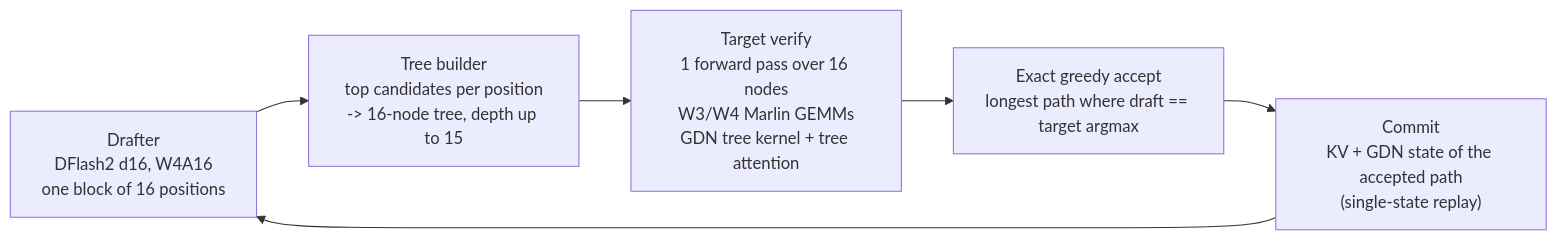
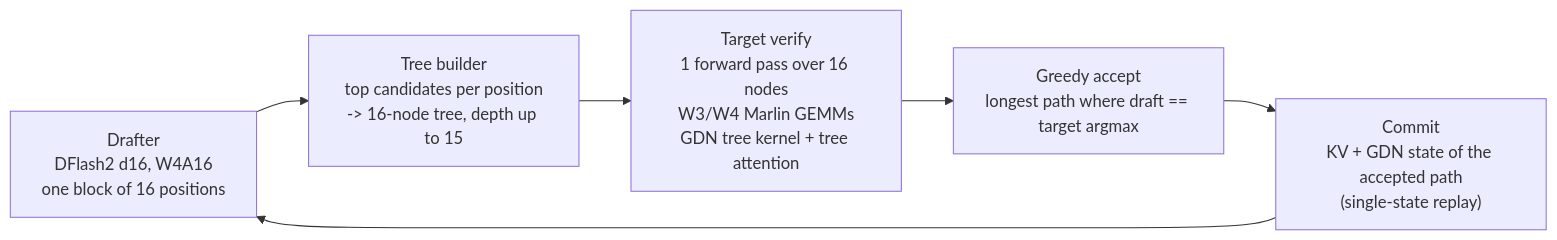
The first of 2 diagrams in README.md (atdev-company/atdev-serve), drawn with Mermaid before and after one commit. The commit also changed other lines of this file and 15 other files, not shown here.

````diff
--- a/README.md
+++ b/README.md
@@ -128,8 +131,8 @@
 ```mermaid
 flowchart LR
     A["Drafter<br/>DFlash2 d16, W4A16<br/>one block of 16 positions"] --> B["Tree builder<br/>top candidates per position<br/>-> 16-node tree, depth up to 15"]
     B --> C["Target verify<br/>1 forward pass over 16 nodes<br/>W3/W4 Marlin GEMMs<br/>GDN tree kernel + tree attention"]
-    C --> D["Exact greedy accept<br/>longest path where draft == target argmax"]
+    C --> D["Greedy accept<br/>longest path where draft == target argmax"]
     D --> E["Commit<br/>KV + GDN state of the accepted path<br/>(single-state replay)"]
     E --> A
 ```
````
